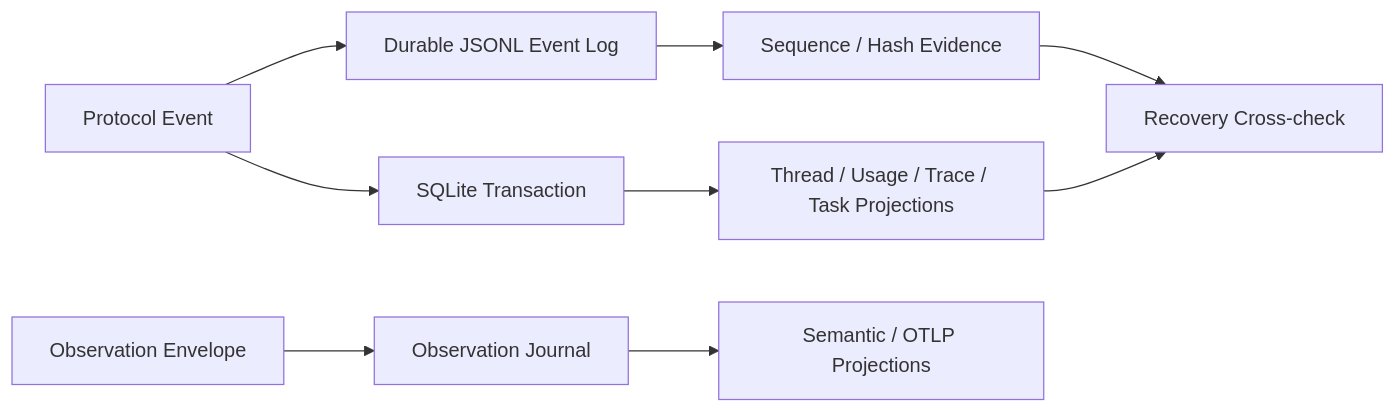
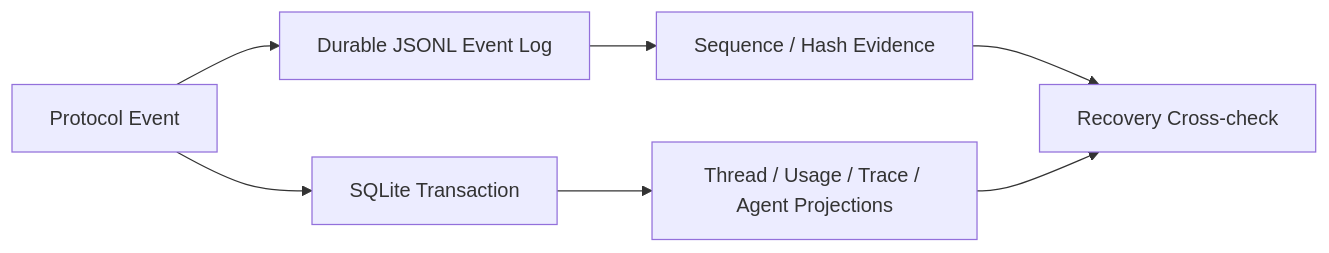
One commit to fwtllh-png/CodeHelper changed the diagram in docs/book/zh-CN/08-state-observability/02-sqlite-event-projection.md. Above: the diagram before and after it, drawn with Mermaid. The commit also changed other lines of this file and 381 other files, not shown here.

````diff
--- a/docs/book/zh-CN/08-state-observability/02-sqlite-event-projection.md
+++ b/docs/book/zh-CN/08-state-observability/02-sqlite-event-projection.md
@@ -44,11 +37,9 @@
 ```mermaid
 flowchart LR
     E[Protocol Event] --> L[Durable JSONL Event Log]
     L --> V[Sequence / Hash Evidence]
     E --> T[SQLite Transaction]
-    T --> P[Thread / Usage / Trace / Task Projections]
-    O[Observation Envelope] --> J[Observation Journal]
-    J --> X[Semantic / OTLP Projections]
+    T --> P[Thread / Usage / Trace / Agent Projections]
     V --> R[Recovery Cross-check]
     P --> R
 ```
````
